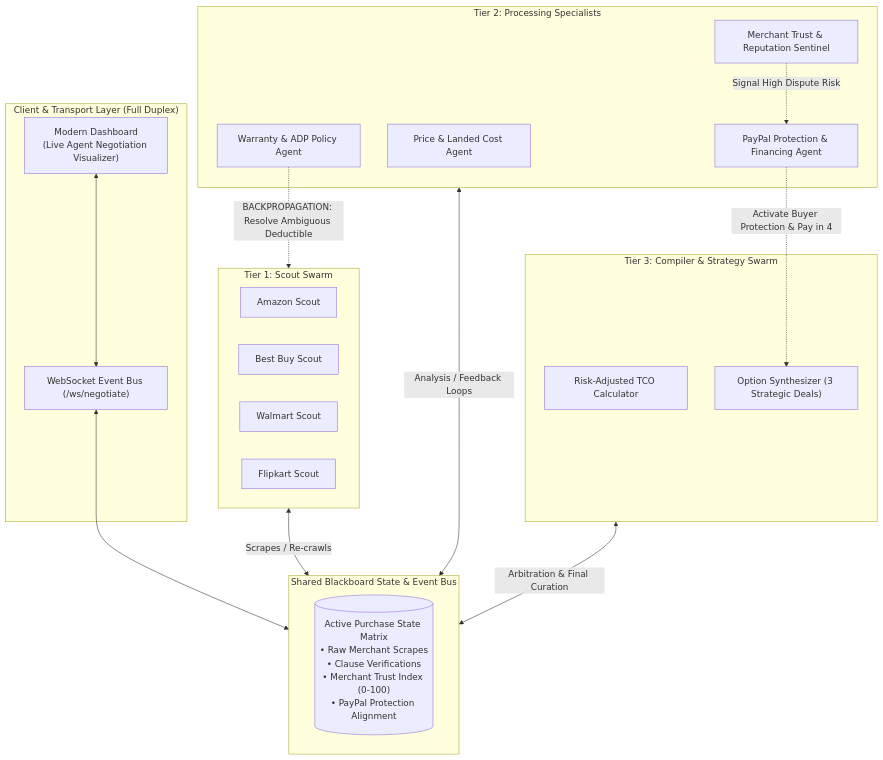
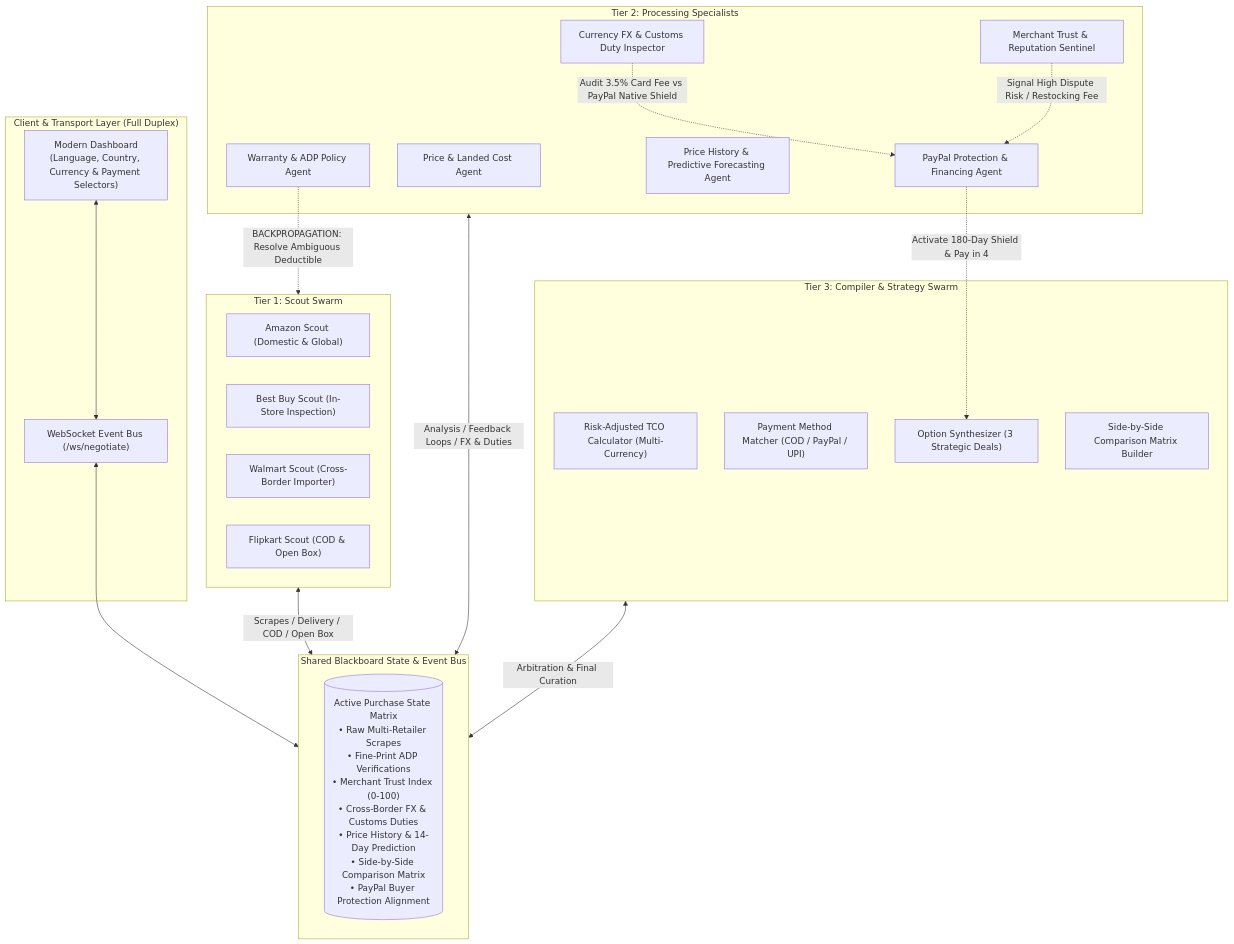
Before and after one commit to yuvanshankarm007/ProductFind: the diagram in README.md, drawn with Mermaid. The commit also changed other lines of this file and 16 other files, not shown here.

Commit message:
feat: add multi-language support, cross-border FX duties, COD, open box delivery, price history & prediction, and Render configuration

````diff
--- a/README.md
+++ b/README.md
@@ -23,42 +25,47 @@
 ```mermaid
 flowchart TB
     subgraph Client ["Client & Transport Layer (Full Duplex)"]
-        UI["Modern Dashboard<br/>(Live Agent Negotiation Visualizer)"]
+        UI["Modern Dashboard<br/>(Language, Country, Currency & Payment Selectors)"]
         WS["WebSocket Event Bus (/ws/negotiate)"]
         UI <--> WS
     end
 
     subgraph Blackboard ["Shared Blackboard State & Event Bus"]
-        State[("Active Purchase State Matrix<br/>• Raw Merchant Scrapes<br/>• Clause Verifications<br/>• Merchant Trust Index (0-100)<br/>• PayPal Protection Alignment")]
+        State[("Active Purchase State Matrix<br/>• Raw Multi-Retailer Scrapes<br/>• Fine-Print ADP Verifications<br/>• Merchant Trust Index (0-100)<br/>• Cross-Border FX & Customs Duties<br/>• Price History & 14-Day Prediction<br/>• Side-by-Side Comparison Matrix<br/>• PayPal Buyer Protection Alignment")]
     end
 
     WS <--> Blackboard
 
     subgraph Tier1 ["Tier 1: Scout Swarm"]
-        S1["Amazon Scout"]
-        S2["Best Buy Scout"]
-        S3["Walmart Scout"]
-        S4["Flipkart Scout"]
+        S1["Amazon Scout (Domestic & Global)"]
+        S2["Best Buy Scout (In-Store Inspection)"]
+        S3["Walmart Scout (Cross-Border Importer)"]
+        S4["Flipkart Scout (COD & Open Box)"]
     end
 
     subgraph Tier2 ["Tier 2: Processing Specialists"]
         P1["Price & Landed Cost Agent"]
         P2["Warranty & ADP Policy Agent"]
         P3["Merchant Trust & Reputation Sentinel"]
-        P4["PayPal Protection & Financing Agent"]
+        P4["Currency FX & Customs Duty Inspector"]
+        P5["Price History & Predictive Forecasting Agent"]
+        P6["PayPal Protection & Financing Agent"]
     end
 
     subgraph Tier3 ["Tier 3: Compiler & Strategy Swarm"]
-        C1["Risk-Adjusted TCO Calculator"]
-        C2["Option Synthesizer (3 Strategic Deals)"]
+        C1["Risk-Adjusted TCO Calculator (Multi-Currency)"]
+        C2["Payment Method Matcher (COD / PayPal / UPI)"]
+        C3["Option Synthesizer (3 Strategic Deals)"]
+        C4["Side-by-Side Comparison Matrix Builder"]
     end
 
-    Tier1 <-->|Scrapes / Re-crawls| Blackboard
-    Tier2 <-->|Analysis / Feedback Loops| Blackboard
+    Tier1 <-->|Scrapes / Delivery / COD / Open Box| Blackboard
+    Tier2 <-->|Analysis / Feedback Loops / FX & Duties| Blackboard
     Tier3 <-->|Arbitration & Final Curation| Blackboard
 
     %% Inter-Agent Bidirectional Loops
     P2 -.->|"BACKPROPAGATION: Resolve Ambiguous Deductible"| Tier1
-    P3 -.->|"Signal High Dispute Risk"| P4
-    P4 -.->|"Activate Buyer Protection & Pay in 4"| C2
+    P4 -.->|"Audit 3.5% Card Fee vs PayPal Native Shield"| P6
+    P3 -.->|"Signal High Dispute Risk / Restocking Fee"| P6
+    P6 -.->|"Activate 180-Day Shield & Pay in 4"| C3
 ```
````
